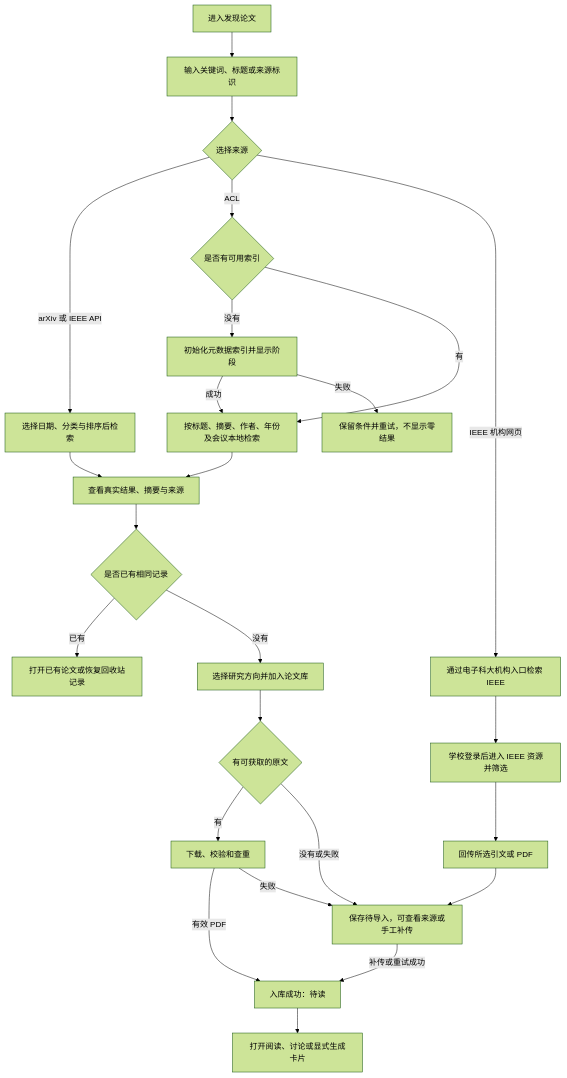
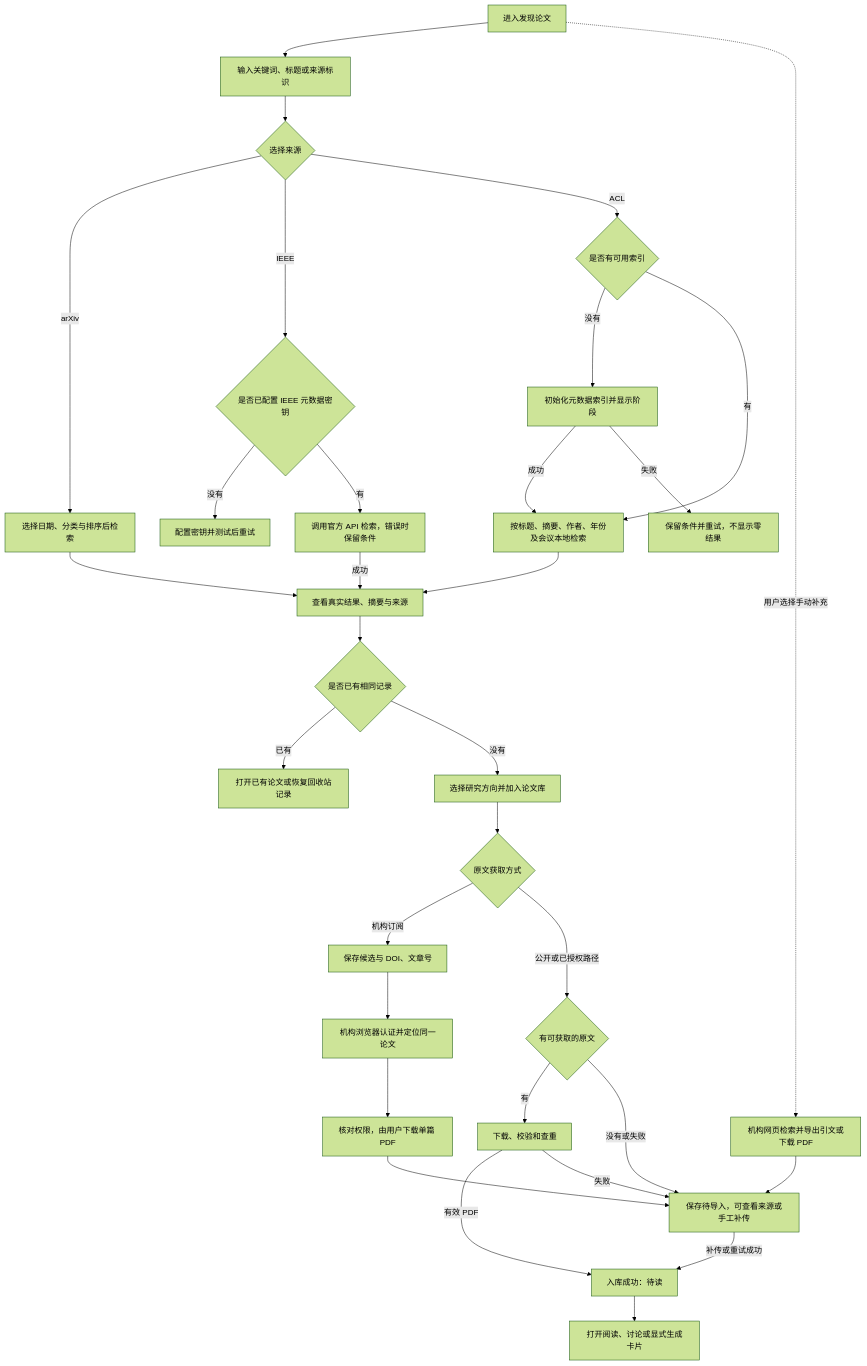
The first of 2 diagrams in docs/论文联网检索与导入方案.md (iaslay/Paper-Management-System), drawn with Mermaid (forest theme) before and after one commit. The commit also changed other lines of this file and 3 other files, not shown here.

Commit message:
明确 IEEE API 检索与机构全文获取主流程

````diff
--- a/docs/论文联网检索与导入方案.md
+++ b/docs/论文联网检索与导入方案.md
@@ -110,27 +119,34 @@
 ```mermaid
 flowchart TD
     A[进入发现论文] --> B[输入关键词、标题或来源标识]
     B --> SC{选择来源}
-    SC -->|arXiv 或 IEEE API| C[选择日期、分类与排序后检索]
+    SC -->|arXiv| C[选择日期、分类与排序后检索]
+    SC -->|IEEE| IK{是否已配置 IEEE 元数据密钥}
+    IK -->|没有| IS[配置密钥并测试后重试]
+    IK -->|有| IQ[调用官方 API 检索，错误时保留条件]
+    IQ -->|成功| D
     SC -->|ACL| AC{是否有可用索引}
     AC -->|没有| AS[初始化元数据索引并显示阶段]
     AS -->|成功| AL[按标题、摘要、作者、年份及会议本地检索]
     AS -->|失败| AF[保留条件并重试，不显示零结果]
     AC -->|有| AL
     AL --> D
-    SC -->|IEEE 机构网页| N[通过电子科大机构入口检索 IEEE]
-    N --> O[学校登录后进入 IEEE 资源并筛选]
-    O --> P[回传所选引文或 PDF]
-    P --> J
     C --> D[查看真实结果、摘要与来源]
     D --> E{是否已有相同记录}
     E -->|已有| F[打开已有论文或恢复回收站记录]
     E -->|没有| G[选择研究方向并加入论文库]
-    G --> H{有可获取的原文}
+    G --> R{原文获取方式}
+    R -->|机构订阅| IB[保存候选与 DOI、文章号]
+    IB --> IP[机构浏览器认证并定位同一论文]
+    IP --> ID[核对权限，由用户下载单篇 PDF]
+    ID --> J
+    R -->|公开或已授权路径| H{有可获取的原文}
     H -->|有| I[下载、校验和查重]
     H -->|没有或失败| J[保存待导入，可查看来源或手工补传]
     I -->|有效 PDF| K[入库成功：待读]
     I -->|失败| J
     J -->|补传或重试成功| K
     K --> L[打开阅读、讨论或显式生成卡片]
+    A -.用户选择手动补充.-> N[机构网页检索并导出引文或下载 PDF]
+    N --> J
 ```
````
